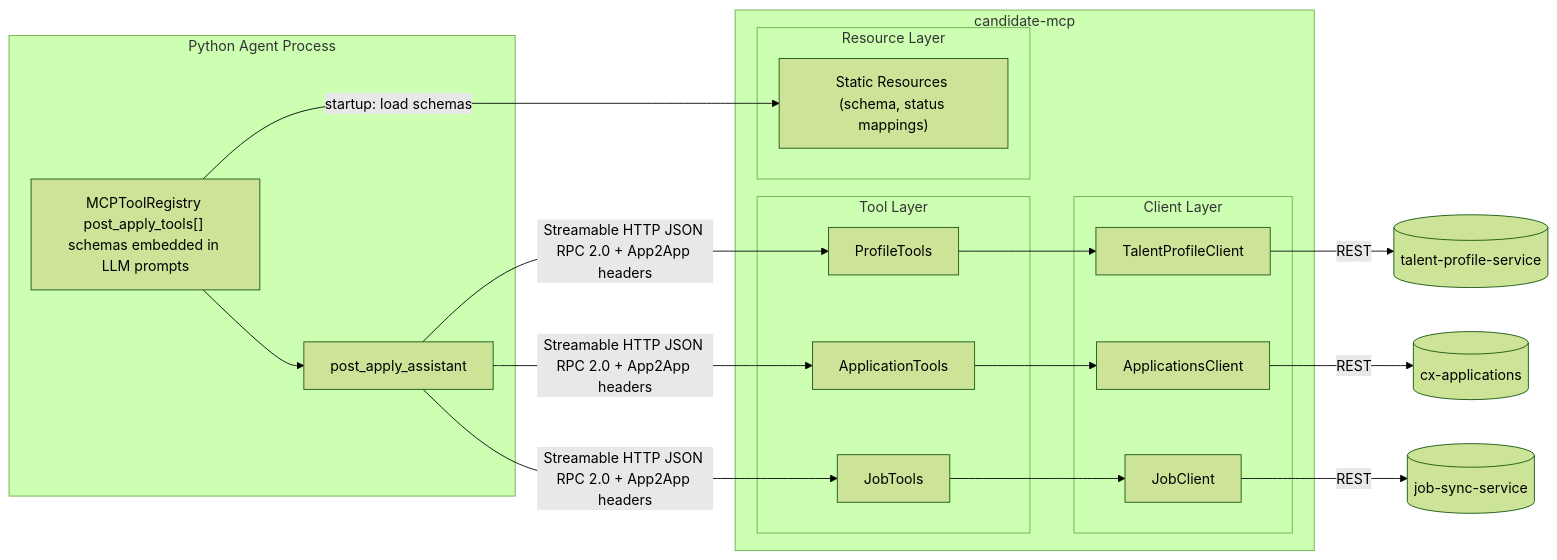
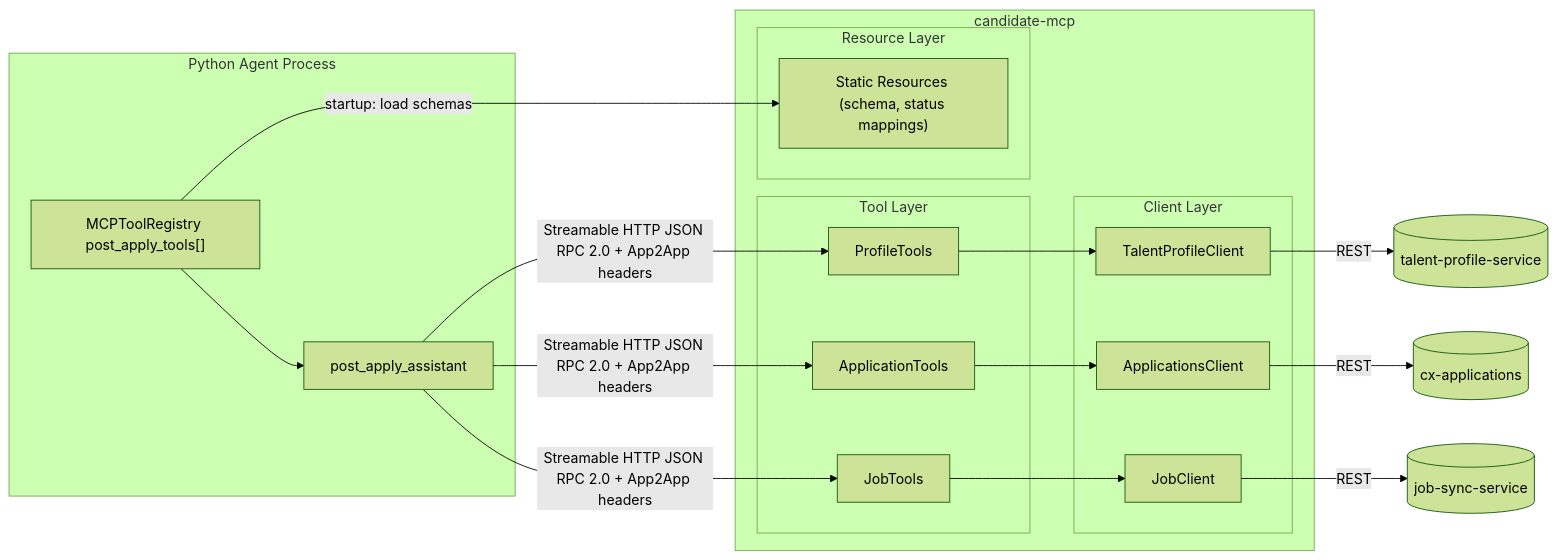
Before and after one commit to venkat-raman17/candidate-agent: the fourth of 30 diagrams in LLD_POST_APPLY_ASSISTANT.md, drawn with Mermaid (forest theme). The commit also changed other lines of this file, not shown here.

````diff
--- a/LLD_POST_APPLY_ASSISTANT.md
+++ b/LLD_POST_APPLY_ASSISTANT.md
@@ -221,36 +224,36 @@
 ```mermaid
 flowchart LR
     subgraph "Python Agent Process"
-        REG["MCPToolRegistry post_apply_tools[] schemas embedded in LLM prompts"]
+        REG["MCPToolRegistry post_apply_tools[]"]
         PAA["post_apply_assistant"]
         REG --> PAA
     end
 
     subgraph "candidate-mcp"
         subgraph "Tool Layer"
             PT["ProfileTools"]
             AT["ApplicationTools"]
             JT["JobTools"]
         end
         subgraph "Client Layer"
             TC["TalentProfileClient"]
             CC["ApplicationsClient"]
             JSC["JobClient"]
         end
         subgraph "Resource Layer"
             SR["Static Resources (schema, status mappings)"]
         end
         PT --> TC
         AT --> CC
         JT --> JSC
     end
 
     PAA -->|"Streamable HTTP JSON RPC 2.0 + App2App headers"| PT
     PAA -->|"Streamable HTTP JSON RPC 2.0 + App2App headers"| AT
     PAA -->|"Streamable HTTP JSON RPC 2.0 + App2App headers"| JT
     REG -->|"startup: load schemas"| SR
 
     TC -->|"REST"| TPS[("talent-profile-service")]
     CC -->|"REST"| CXA[("cx-applications")]
     JSC -->|"REST"| JSS[("job-sync-service")]
 ```
````
